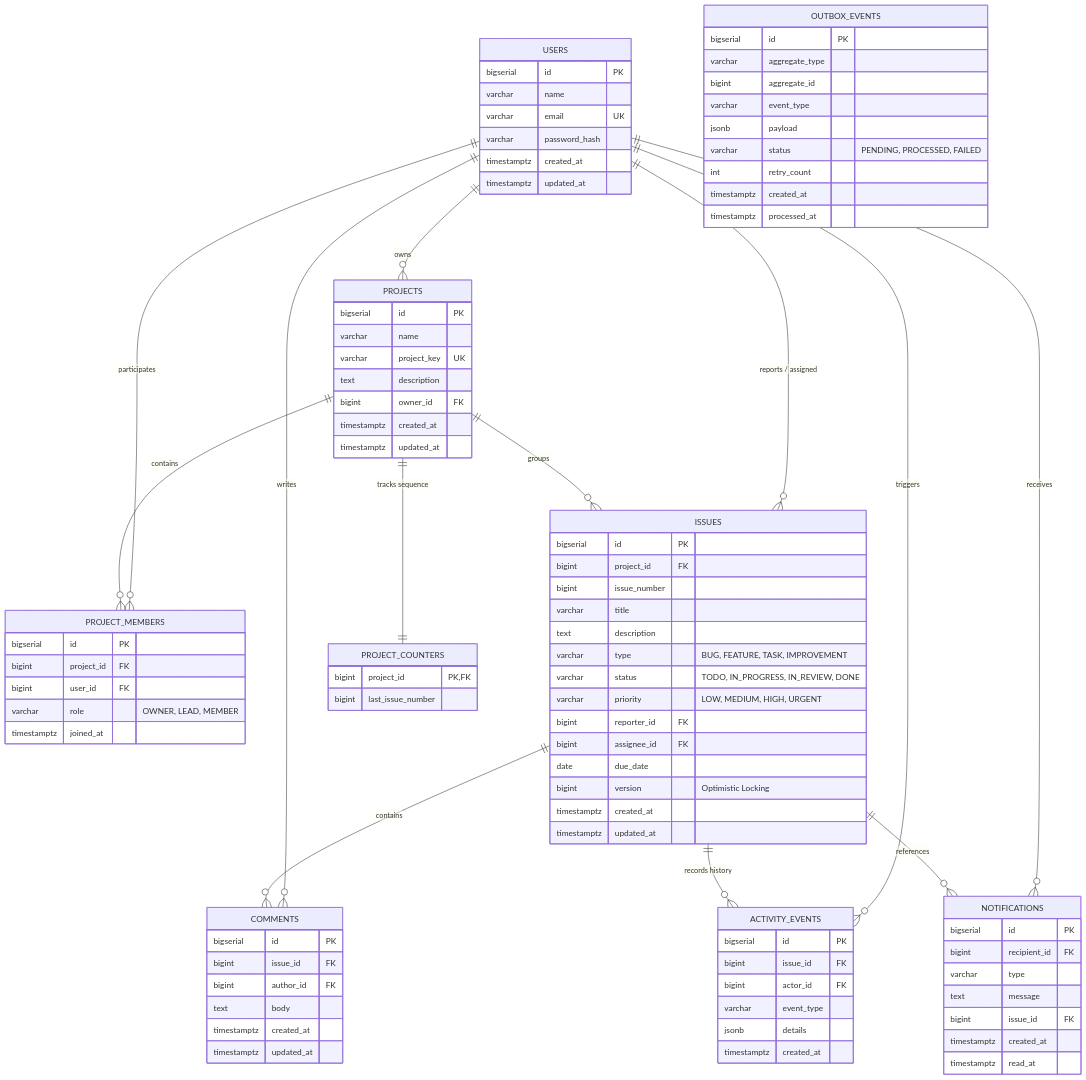
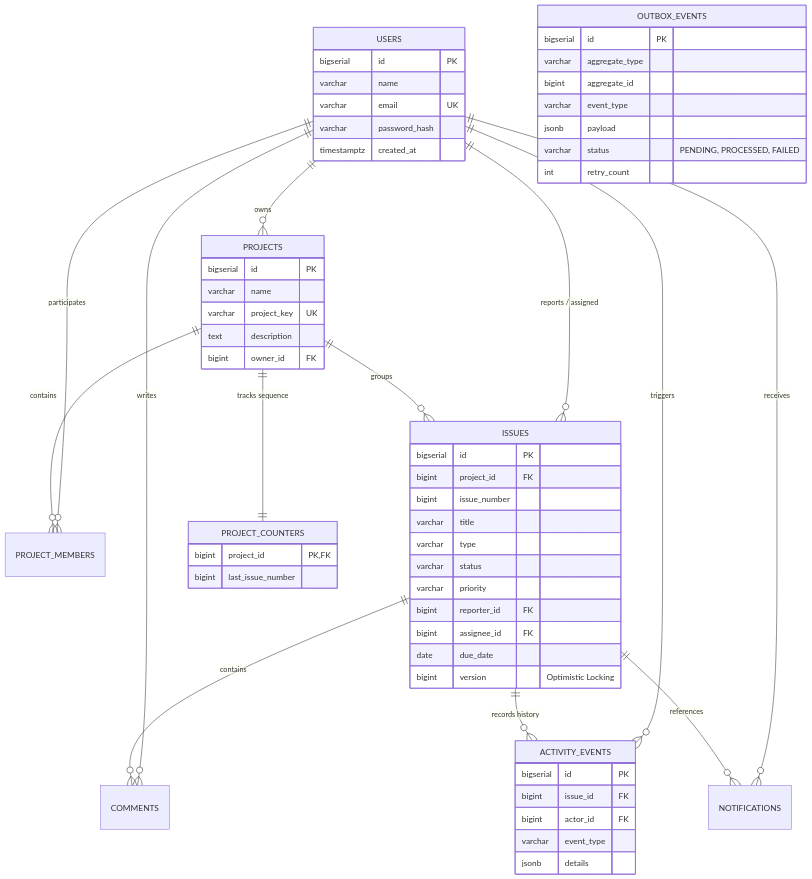
One commit to PrithviRajVerma/DevTrack changed the second of 3 diagrams in README.md. Above: the diagram before and after it, drawn with Mermaid. The commit also changed other lines of this file, not shown here.

````diff
--- a/README.md
+++ b/README.md
@@ -99,7 +118,6 @@
         varchar email UK
         varchar password_hash
         timestamptz created_at
-        timestamptz updated_at
     }
 
     PROJECTS {
@@ -108,16 +126,6 @@
         varchar project_key UK
         text description
         bigint owner_id FK
-        timestamptz created_at
-        timestamptz updated_at
-    }
-
-    PROJECT_MEMBERS {
-        bigserial id PK
-        bigint project_id FK
-        bigint user_id FK
-        varchar role "OWNER, LEAD, MEMBER"
-        timestamptz joined_at
     }
 
     PROJECT_COUNTERS {
@@ -130,25 +138,13 @@
         bigint project_id FK
         bigint issue_number
         varchar title
-        text description
-        varchar type "BUG, FEATURE, TASK, IMPROVEMENT"
-        varchar status "TODO, IN_PROGRESS, IN_REVIEW, DONE"
-        varchar priority "LOW, MEDIUM, HIGH, URGENT"
+        varchar type
+        varchar status
+        varchar priority
         bigint reporter_id FK
         bigint assignee_id FK
         date due_date
         bigint version "Optimistic Locking"
-        timestamptz created_at
-        timestamptz updated_at
-    }
-
-    COMMENTS {
-        bigserial id PK
-        bigint issue_id FK
-        bigint author_id FK
-        text body
-        timestamptz created_at
-        timestamptz updated_at
     }
 
     ACTIVITY_EVENTS {
@@ -157,17 +153,6 @@
         bigint actor_id FK
         varchar event_type
         jsonb details
-        timestamptz created_at
-    }
-
-    NOTIFICATIONS {
-        bigserial id PK
-        bigint recipient_id FK
-        varchar type
-        text message
-        bigint issue_id FK
-        timestamptz created_at
-        timestamptz read_at
     }
 
     OUTBOX_EVENTS {
@@ -178,7 +163,5 @@
         jsonb payload
         varchar status "PENDING, PROCESSED, FAILED"
         int retry_count
-        timestamptz created_at
-        timestamptz processed_at
     }
 ```
````
